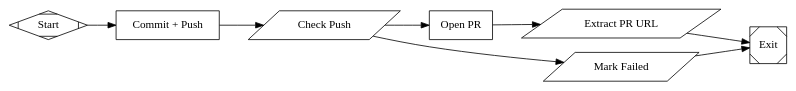
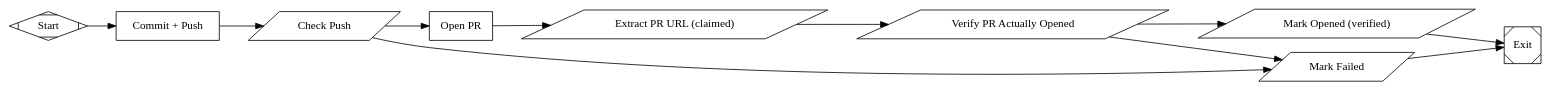
Before and after one commit to kenotron-ms/attractor-pipelines: the diagram in pipelines/ship_ready/subgraphs/deliver_pr.dot, drawn with Graphviz. The commit also changed 4 other files, not shown here.

```diff
--- a/pipelines/ship_ready/subgraphs/deliver_pr.dot
+++ b/pipelines/ship_ready/subgraphs/deliver_pr.dot
@@ -1,53 +1,89 @@
 // deliver_pr.dot
 //
 // Commit, push, and open a PR; then a freeform human approval gate before
 // merge. Modeled on amplifier-resolver-dot-graph's deliver_pr.dot pattern.
 //
 // Required context variables: $repo (owner/name to open the PR against)
 // Context outputs: delivery.pr_url, delivery.result ("opened"|"failed")
 
 digraph deliver_pr {
   graph [rankdir=LR, default_max_retry=2, default_fidelity="summary:high"];
 
   Start [shape=Mdiamond, label="Start"];
   Exit  [shape=Msquare,  label="Exit"];
 
   CommitPush [
     shape=box, goal_gate=true, fidelity="full",
     label="Commit + Push",
     prompt="Stage all changes, write a conventional commit message summarizing the work (reference .resolve/design/design.md and .ai/plan.md for context), commit, and push the current branch to origin. After pushing, run: git rev-parse --abbrev-ref HEAD > .resolve/delivery/push_status.txt && echo pushed >> .resolve/delivery/push_status.txt. Print the single line: pushed"
   ];
 
   CommitPush -> CheckPush;
 
   CheckPush [
     shape=parallelogram, label="Check Push",
     tool_command="#!/bin/sh\nset -e\nif [ -f .resolve/delivery/push_status.txt ] && tail -1 .resolve/delivery/push_status.txt | grep -q pushed; then\n  printf 'pushed'\nelse\n  printf 'push_failed'\nfi"
   ];
 
   OpenPR [
     shape=box, goal_gate=true, fidelity="full",
     label="Open PR",
     prompt="Open a pull request for the pushed branch against $repo's default branch. Write a PR description summarizing the design, the task list completed, and verification evidence. Write the resulting PR URL to .resolve/delivery/pr_url.txt. Print the single line: {\"pr_url\": \"<url>\"} as JSON."
   ];
 
   OpenPR -> ExtractPRUrl;
 
+  // Extracts the URL OpenPR claims to have opened -- NOT yet trusted as
+  // delivery.result="opened". See CheckPROpened below: an LLM node can
+  // print a plausible-looking PR URL, or gh/curl can fail after emitting
+  // output the agent misreads, without a PR actually existing on GitHub.
   ExtractPRUrl [
-    shape=parallelogram, label="Extract PR URL",
-    tool_command="#!/bin/sh\nset -e\nurl=$(cat .resolve/delivery/pr_url.txt)\nprintf '{\"delivery.pr_url\": \"%s\", \"delivery.result\": \"opened\"}' \"$url\"",
+    shape=parallelogram, label="Extract PR URL (claimed)",
+    tool_command="#!/bin/sh\nset -e\nurl=$(cat .resolve/delivery/pr_url.txt)\nprintf '{\"delivery.pr_url\": \"%s\"}' \"$url\"",
     parse_json="true"
+  ];
+
+  ExtractPRUrl -> CheckPROpened;
+
+  // Independent verification that OpenPR's claimed side effect (a real PR
+  // on GitHub) actually happened -- deliberately uses only gh CLI / curl
+  // against the GitHub REST API, NOT any Resolve-platform-specific tool
+  // (e.g. the worker-container `create-pr` helper). These pipelines are
+  // fetched and run via git+https:// URLs by any dot-graph-compatible
+  // engine, not exclusively Resolve's own worker containers -- baking in a
+  // Resolve-only binary would silently break portability to other
+  // runtimes. gh/curl + GH_TOKEN is the same portable toolset every other
+  // pipeline in this repo already assumes (see pr_review.dot,
+  // pr-review-exhaustive.dot). This mirrors CheckPush's evidence-based
+  // pattern one hop further: don't let delivery.result say "opened" on a
+  // self-report alone -- confirm the PR is real via a second, independent
+  // API call before this subgraph reports success.
+  CheckPROpened [
+    shape=parallelogram, label="Verify PR Actually Opened",
+    tool_command="#!/bin/sh\nset -e\nnum=$(echo \"$delivery_pr_url\" | grep -oE '[0-9]+$')\nif [ -n \"$num\" ] && gh pr view \"$num\" --repo \"$repo\" --json state >/dev/null 2>&1; then\n  printf 'verified'\nelif [ -n \"$num\" ] && curl -sf -H \"Authorization: token ${GH_TOKEN}\" \"https://api.github.com/repos/$repo/pulls/$num\" >/dev/null 2>&1; then\n  printf 'verified'\nelse\n  printf 'not_verified'\nfi"
   ];
 
   Start     -> CommitPush;
   CheckPush -> OpenPR  [condition="context.tool.last_line=pushed", weight="2"];
   CheckPush -> Failed  [condition="context.tool.last_line=push_failed"];
-  ExtractPRUrl -> Exit;
+
+  CheckPROpened -> MarkOpened     [condition="context.tool.last_line=verified", weight="2"];
+  CheckPROpened -> Failed         [condition="context.tool.last_line=not_verified"];
+
+  // Only set delivery.result="opened" once CheckPROpened has independently
+  // confirmed the PR is real -- this is the only place in the subgraph
+  // that's allowed to claim success.
+  MarkOpened [
+    shape=parallelogram, label="Mark Opened (verified)",
+    tool_command="printf '{\"delivery.result\": \"opened\"}'",
+    parse_json="true"
+  ];
+  MarkOpened -> Exit;
 
   Failed [
     shape=parallelogram, label="Mark Failed",
-    tool_command="printf '{\"delivery.result\": \"failed\"}\'",
+    tool_command="printf '{\"delivery.result\": \"failed\"}'",
     parse_json="true"
   ];
   Failed -> Exit;
 }
```
